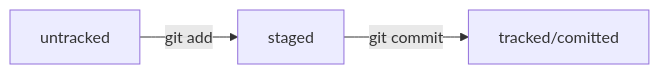
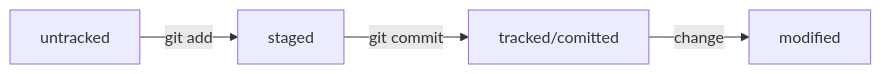
One commit to gitpushus/cheat_sheet_on_git changed the diagram in Информация/status_file_commit.md. Above: the diagram before and after it, drawn with Mermaid.

Commit message:
попытка исправить ошибку в status_file_commit

````diff
--- a/Информация/status_file_commit.md
+++ b/Информация/status_file_commit.md
@@ -3,6 +3,7 @@
 ```mermaid
 graph LR;
   untracked -- "git add" --> staged;
   staged    -- "git commit"     --> tracked/comitted;
+  tracked/comitted -- "change" --> modified;
 
 ``` 
````
